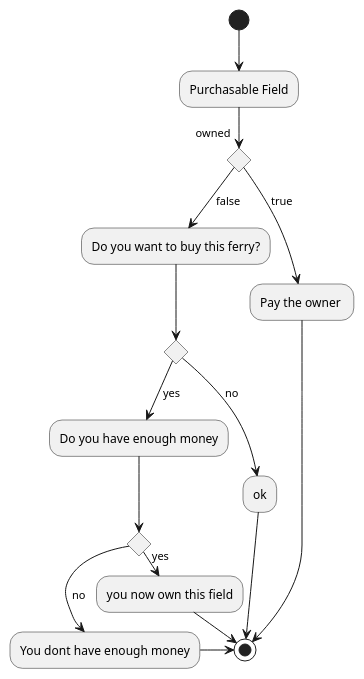
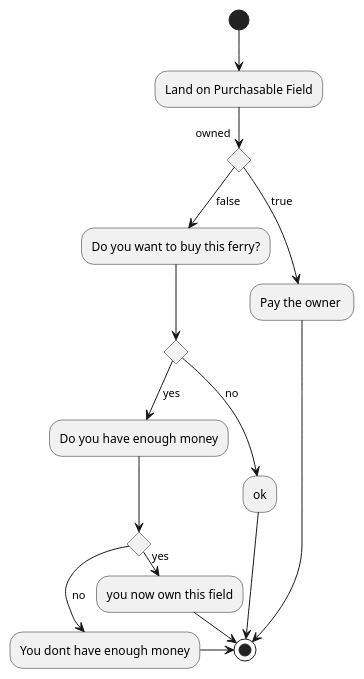
The diagram in UML/LandonPurchaseablefield.puml (christianhyltoft/GAMEassignment), drawn with PlantUML before and after one commit. The commit also changed 1 other file, not shown here.

Commit message:
ændring i aktivitestdiagrm 1 og nyt tax field diagram

```diff
--- a/UML/LandonPurchaseablefield.puml
+++ b/UML/LandonPurchaseablefield.puml
@@ -1,29 +1,29 @@
 @startuml
 'https://plantuml.com/activity-diagram-beta
 
-(*) --> "Purchasable Field"
+(*) --> "Land on Purchasable Field"
 if "owned" then
    --> [true] "Pay the owner "
    -down->(*)
 else
 -->[false]  "Do you want to buy this ferry?"
 if ""
 --> [no] "ok"
 ->(*)
 else
 -->[yes] "Do you have enough money"
 endif
 if""
 ->[yes] "you now own this field"
 ->(*)
 else
 -->[no] "You dont have enough money"
 ->(*)
 endif
 
 
 
 
 
 
 @enduml
```
